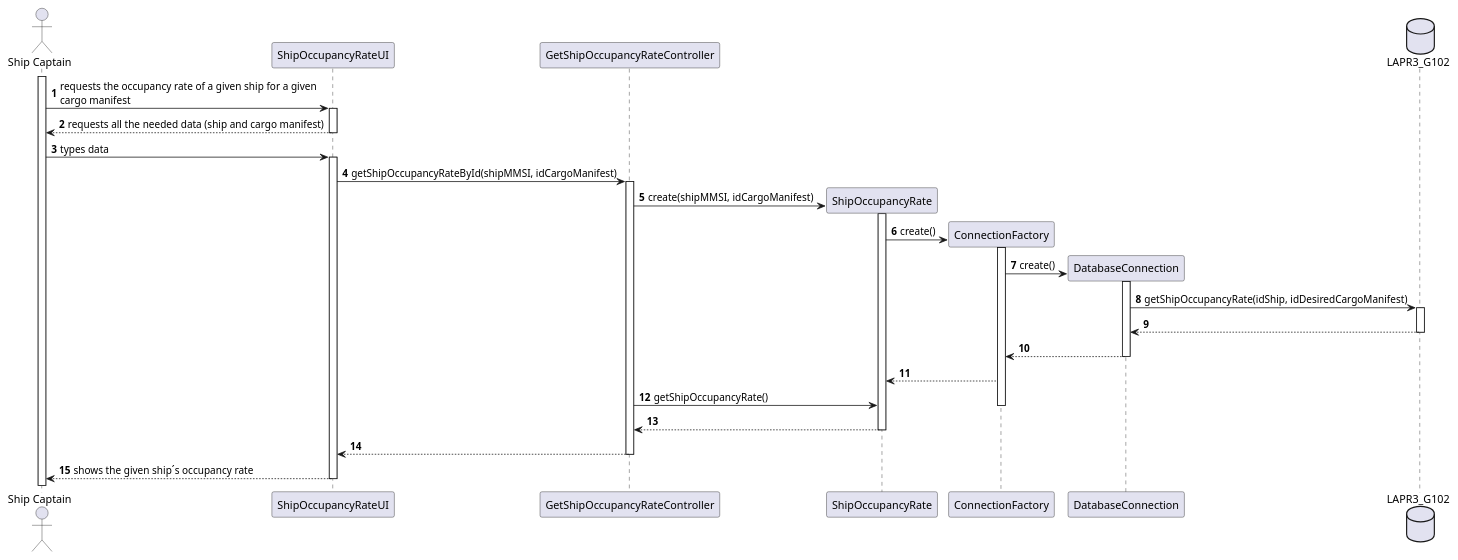
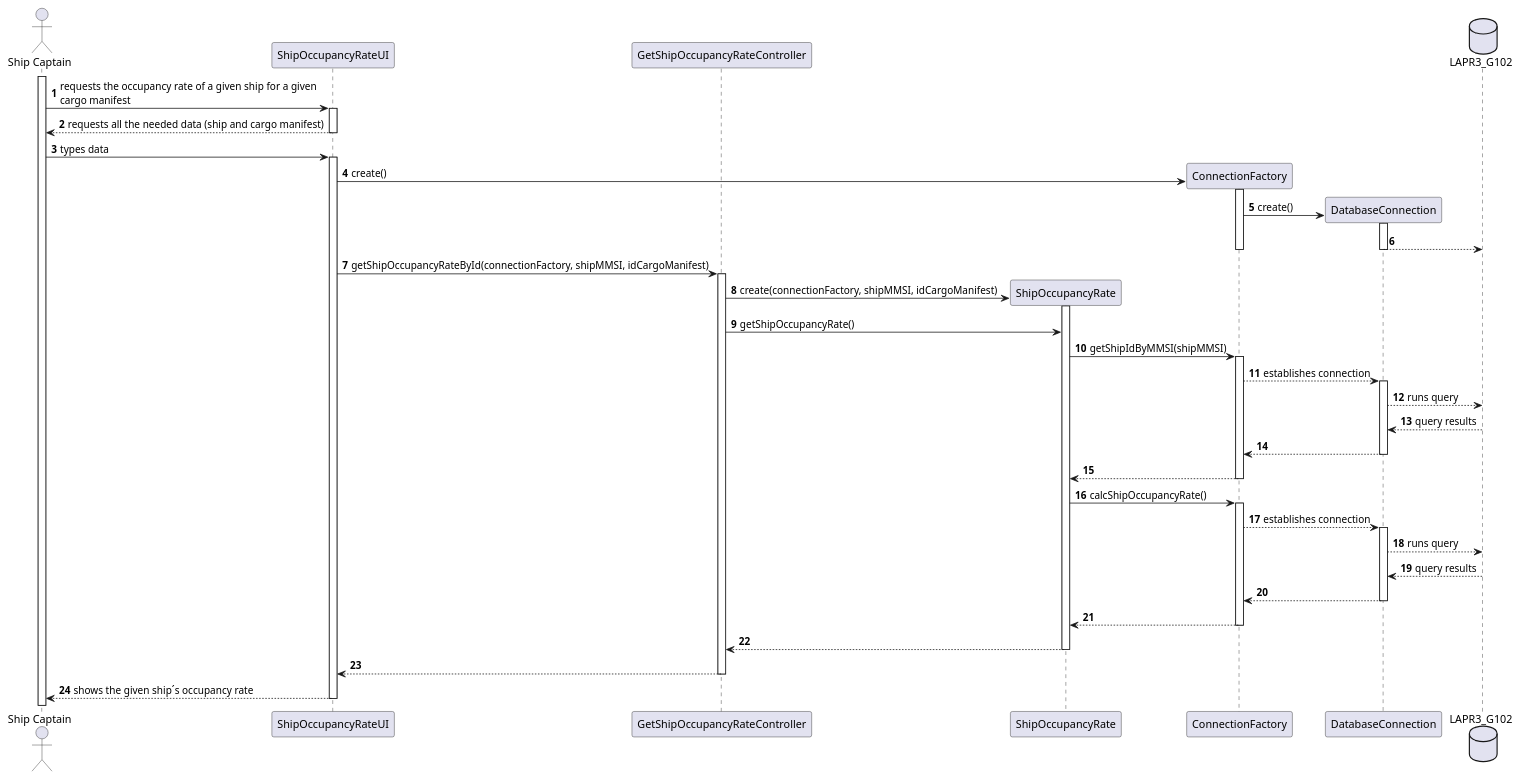
The diagram in docs/Sprint2/US208/US208_SD.puml (mpoboas/lapr3-2021-g102), drawn with PlantUML before and after one commit. The commit also changed 1 other file, not shown here.

```diff
--- a/docs/Sprint2/US208/US208_SD.puml
+++ b/docs/Sprint2/US208/US208_SD.puml
@@ -1,46 +1,65 @@
 @startuml
 autonumber
 'hide footbox
 
 actor "Ship Captain" as SC
 
 participant "ShipOccupancyRateUI" as UI
 participant "GetShipOccupancyRateController" as CTRL
 participant "ShipOccupancyRate" as SHIPOCCRATE
 participant ConnectionFactory as CF
 participant DatabaseConnection as DC
 database LAPR3_G102 as DB
 
 activate SC
 SC -> UI : requests the occupancy rate of a given ship for a given\ncargo manifest
 activate UI
 UI --> SC : requests all the needed data (ship and cargo manifest)
 deactivate UI
 
 SC -> UI : types data
 activate UI
 
-UI -> CTRL : getShipOccupancyRateById(shipMMSI, idCargoManifest)
-activate CTRL
-CTRL -> SHIPOCCRATE** : create(shipMMSI, idCargoManifest)
-activate SHIPOCCRATE
-SHIPOCCRATE -> CF** : create()
+UI -> CF** : create()
 activate CF
 CF -> DC** : create()
 activate DC
-DC -> DB : getShipOccupancyRate(idShip, idDesiredCargoManifest)
-activate DB
-DB --> DC
-deactivate DB
+DC --> DB
+deactivate DC
+deactivate CF
+
+UI -> CTRL : getShipOccupancyRateById(connectionFactory, shipMMSI, idCargoManifest)
+activate CTRL
+CTRL -> SHIPOCCRATE** : create(connectionFactory, shipMMSI, idCargoManifest)
+activate SHIPOCCRATE
+CTRL -> SHIPOCCRATE : getShipOccupancyRate()
+
+SHIPOCCRATE -> CF : getShipIdByMMSI(shipMMSI)
+activate CF
+CF --> DC : establishes connection
+activate DC
+DC --> DB : runs query
+DB --> DC : query results
 DC --> CF
 deactivate DC
 CF --> SHIPOCCRATE
-CTRL -> SHIPOCCRATE :getShipOccupancyRate()
 deactivate CF
+
+SHIPOCCRATE -> CF : calcShipOccupancyRate()
+activate CF
+CF --> DC : establishes connection
+activate DC
+DC --> DB : runs query
+DB --> DC : query results
+DC --> CF
+deactivate DC
+CF --> SHIPOCCRATE
+deactivate CF
+
 SHIPOCCRATE --> CTRL
 deactivate SHIPOCCRATE
 CTRL --> UI
 deactivate CTRL
 UI --> SC : shows the given ship´s occupancy rate
 deactivate UI
 @enduml
```
